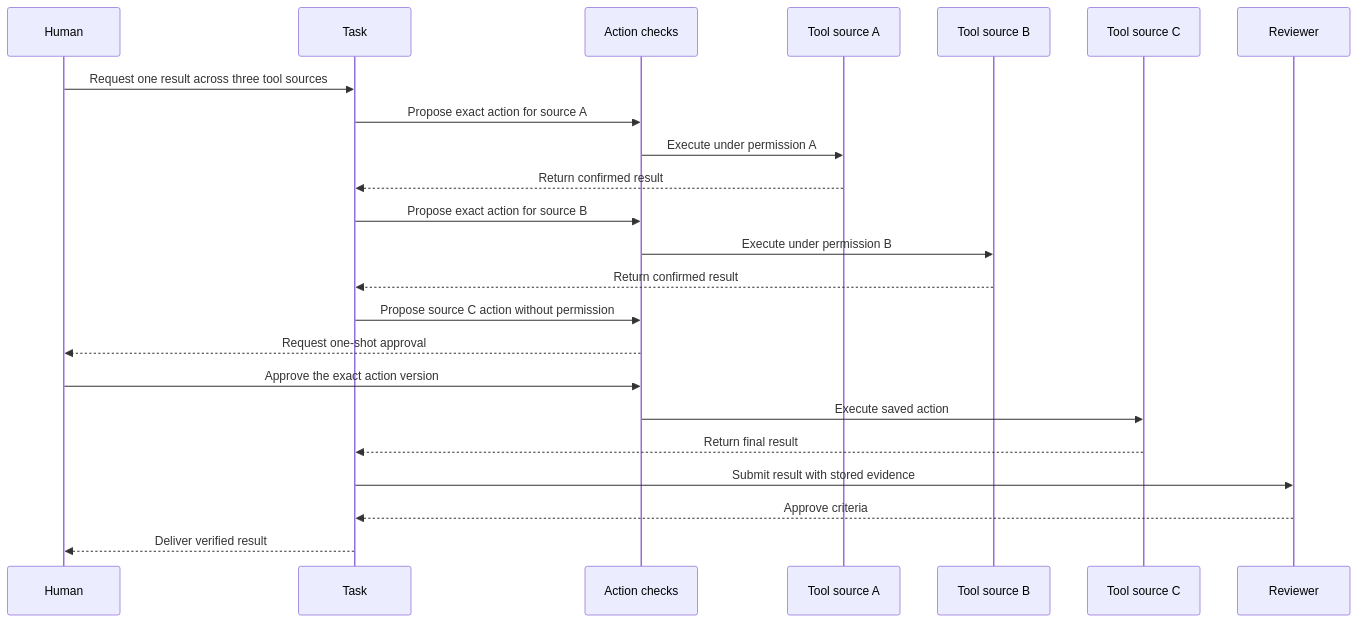
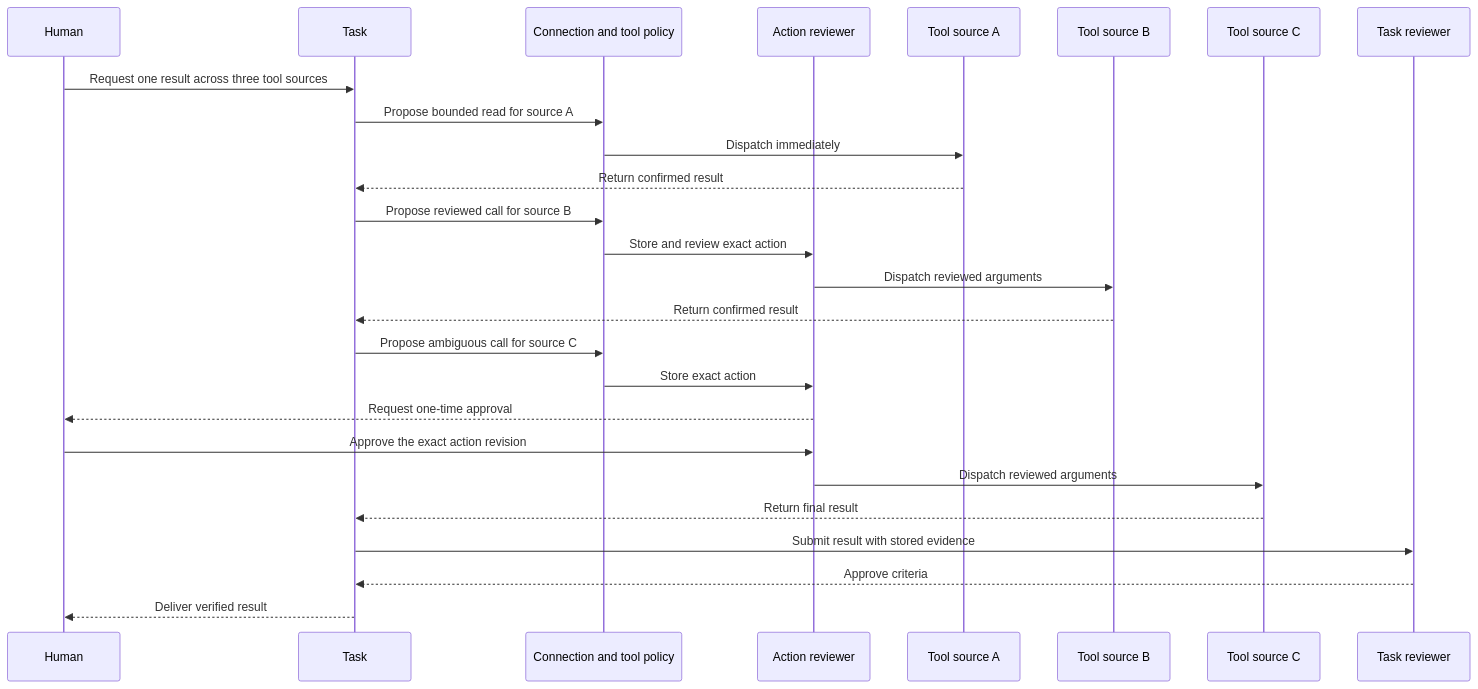
One commit to kpsuperplane/Noema changed diagram 25 of 26 in docs/superpowers/plans/2026-08-08-noema-practical-reliability-roadmap.md. Above: the diagram before and after it, drawn with Mermaid. The commit also changed other lines of this file, not shown here.

Commit message:
docs: ground reliability roadmap in current execution paths

````diff
--- a/docs/superpowers/plans/2026-08-08-noema-practical-reliability-roadmap.md
+++ b/docs/superpowers/plans/2026-08-08-noema-practical-reliability-roadmap.md
@@ -1532,26 +1289,29 @@
 ```mermaid
 sequenceDiagram
     participant Human
     participant Task
-    participant Checks as Action checks
+    participant Policy as Connection and tool policy
+    participant ActionReview as Action reviewer
     participant SourceA as Tool source A
     participant SourceB as Tool source B
     participant SourceC as Tool source C
-    participant Reviewer
+    participant TaskReview as Task reviewer
 
     Human->>Task: Request one result across three tool sources
-    Task->>Checks: Propose exact action for source A
-    Checks->>SourceA: Execute under permission A
+    Task->>Policy: Propose bounded read for source A
+    Policy->>SourceA: Dispatch immediately
     SourceA-->>Task: Return confirmed result
-    Task->>Checks: Propose exact action for source B
-    Checks->>SourceB: Execute under permission B
+    Task->>Policy: Propose reviewed call for source B
+    Policy->>ActionReview: Store and review exact action
+    ActionReview->>SourceB: Dispatch reviewed arguments
     SourceB-->>Task: Return confirmed result
-    Task->>Checks: Propose source C action without permission
-    Checks-->>Human: Request one-shot approval
-    Human->>Checks: Approve the exact action version
-    Checks->>SourceC: Execute saved action
+    Task->>Policy: Propose ambiguous call for source C
+    Policy->>ActionReview: Store exact action
+    ActionReview-->>Human: Request one-time approval
+    Human->>ActionReview: Approve the exact action revision
+    ActionReview->>SourceC: Dispatch reviewed arguments
     SourceC-->>Task: Return final result
-    Task->>Reviewer: Submit result with stored evidence
-    Reviewer-->>Task: Approve criteria
+    Task->>TaskReview: Submit result with stored evidence
+    TaskReview-->>Task: Approve criteria
     Task-->>Human: Deliver verified result
 ```
````
